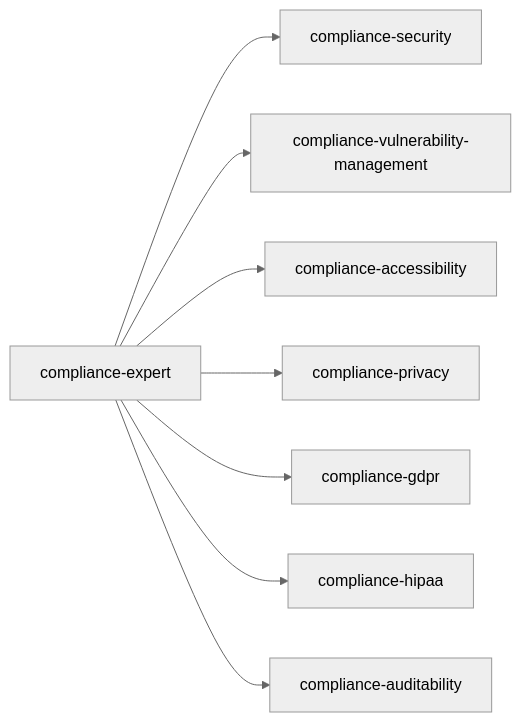
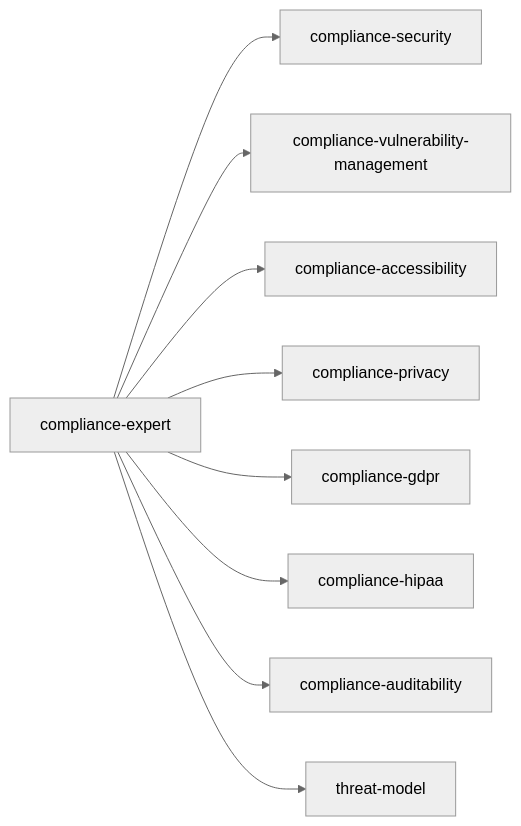
Before and after one commit to pnewsam/skills: the tenth of 14 diagrams in README.md, drawn with Mermaid (neutral theme). The commit also changed other lines of this file and 82 other files, not shown here.

````diff
--- a/README.md
+++ b/README.md
@@ -328,10 +335,11 @@
 ```mermaid
 flowchart LR
     CX[compliance-expert] --> CS[compliance-security]
     CX --> CVM[compliance-vulnerability-management]
     CX --> CA[compliance-accessibility]
     CX --> CP[compliance-privacy]
     CX --> CG[compliance-gdpr]
     CX --> CH[compliance-hipaa]
     CX --> CAT[compliance-auditability]
+    CX --> TM[threat-model]
 ```
````
